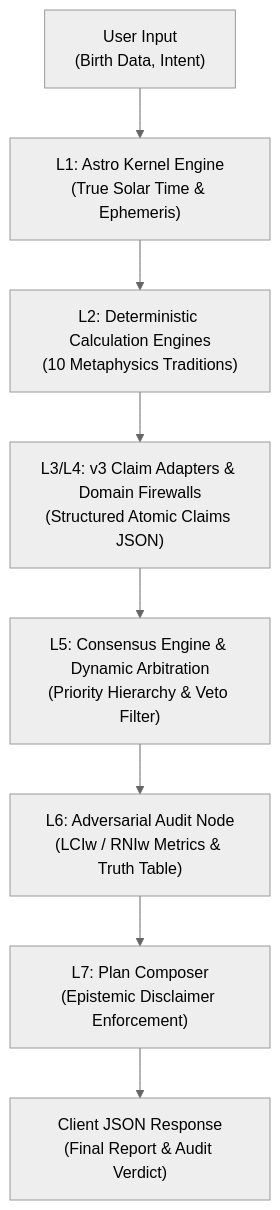
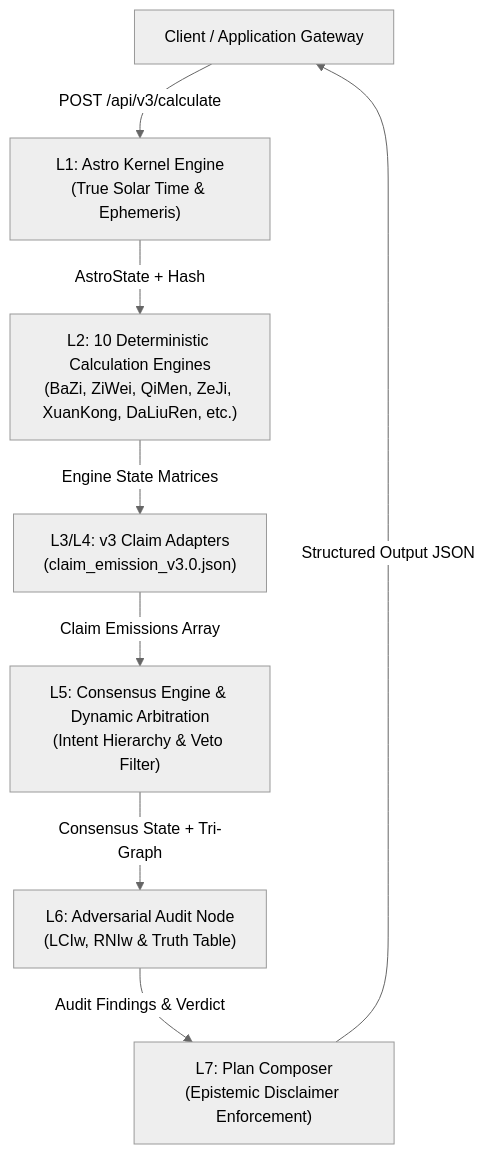
One commit to pphothidaen/HoroConsultant changed the first of 2 diagrams in docs/v3_api_specification.md. Above: the diagram before and after it, drawn with Mermaid (neutral theme). The commit also changed other lines of this file and 8 other files, not shown here.

Commit message:
docs: enrich v3_api_specification.md with comprehensive Tri-Graph math & Mermaid sequence diagram via agy1

````diff
--- a/docs/v3_api_specification.md
+++ b/docs/v3_api_specification.md
@@ -12,10 +26,10 @@
 ```mermaid
 flowchart TD
-    User["User Input\n(Birth Data, Intent)"] --> L1["L1: Astro Kernel Engine\n(True Solar Time & Ephemeris)"]
-    L1 --> L2["L2: Deterministic Calculation Engines\n(10 Metaphysics Traditions)"]
-    L2 --> L3["L3/L4: v3 Claim Adapters & Domain Firewalls\n(Structured Atomic Claims JSON)"]
-    L3 --> L5["L5: Consensus Engine & Dynamic Arbitration\n(Priority Hierarchy & Veto Filter)"]
-    L5 --> L6["L6: Adversarial Audit Node\n(LCIw / RNIw Metrics & Truth Table)"]
-    L6 --> L7["L7: Plan Composer\n(Epistemic Disclaimer Enforcement)"]
-    L7 --> Response["Client JSON Response\n(Final Report & Audit Verdict)"]
+    Client["Client / Application Gateway"] -->|POST /api/v3/calculate| L1["L1: Astro Kernel Engine\n(True Solar Time & Ephemeris)"]
+    L1 -->|AstroState + Hash| L2["L2: 10 Deterministic Calculation Engines\n(BaZi, ZiWei, QiMen, ZeJi, XuanKong, DaLiuRen, etc.)"]
+    L2 -->|Engine State Matrices| L3["L3/L4: v3 Claim Adapters\n(claim_emission_v3.0.json)"]
+    L3 -->|Claim Emissions Array| L5["L5: Consensus Engine & Dynamic Arbitration\n(Intent Hierarchy & Veto Filter)"]
+    L5 -->|Consensus State + Tri-Graph| L6["L6: Adversarial Audit Node\n(LCIw, RNIw & Truth Table)"]
+    L6 -->|Audit Findings & Verdict| L7["L7: Plan Composer\n(Epistemic Disclaimer Enforcement)"]
+    L7 -->|Structured Output JSON| Client
 ```
````
